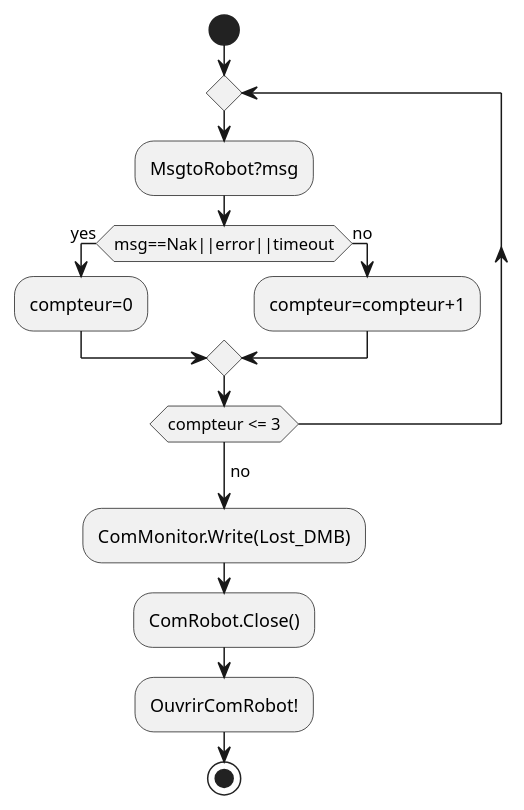
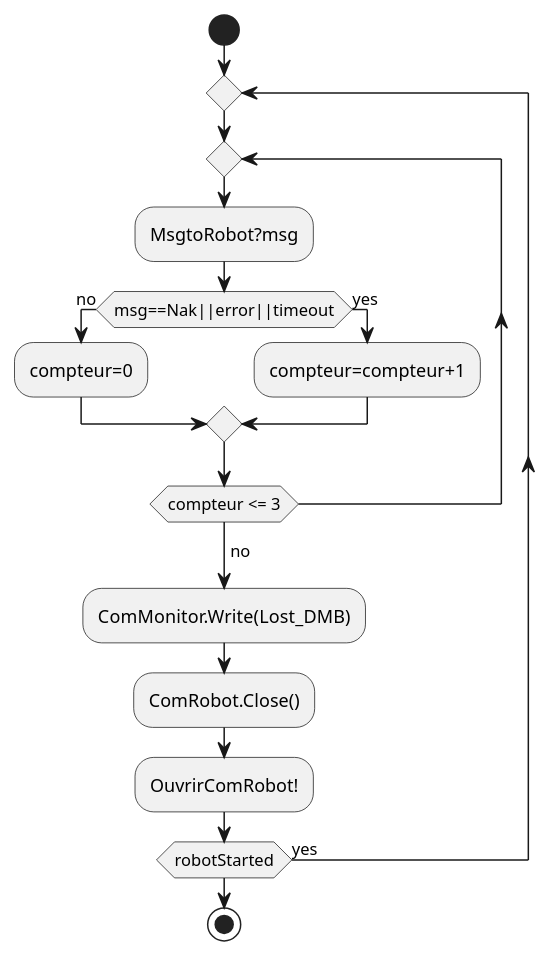
Before and after one commit to dotsumae/TP-temps-reel: the diagram in modele/diagrammes d'activite/8 et 9_pertecomRS.plantuml, drawn with PlantUML.

Commit message:
Update 8 et 9_pertecomRS.plantuml

```diff
--- a/modele/diagrammes d'activite/8 et 9_pertecomRS.plantuml
+++ b/modele/diagrammes d'activite/8 et 9_pertecomRS.plantuml
@@ -1,26 +1,27 @@
 @startuml
 'Fonctionnalite 8 et 9 : 
 
 skinparam monochrome true
 
 start
 repeat
+repeat
 :MsgtoRobot?msg;
 
-if (msg==Nak||error||timeout) then (yes)
+if (msg==Nak||error||timeout) then (no)
   :compteur=0;
-  else (no)
+  else (yes)
   :compteur=compteur+1;
 endif
 
 repeat while (compteur <= 3)
 -> no; 
 :ComMonitor.Write(Lost_DMB);
 :ComRobot.Close();
 :OuvrirComRobot!;
 
 
 
-
+repeat while (robotStarted) is (yes)
 stop
 @enduml
```
